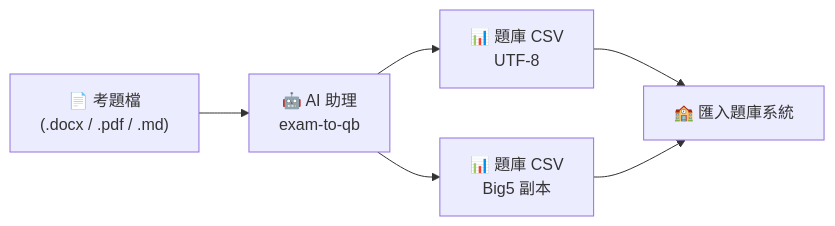
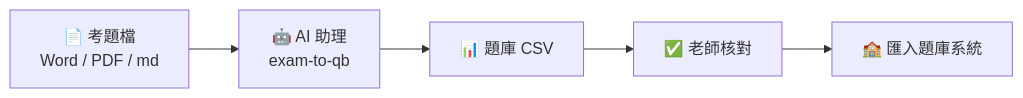
Before and after one commit to RelerChenTajen/Tools_QB: the diagram in README.md, drawn with Mermaid. The commit also changed other lines of this file, not shown here.

````diff
--- a/README.md
+++ b/README.md
@@ -15,8 +21,7 @@
 ```mermaid
 flowchart LR
-    A["📄 考題檔<br/>(.docx / .pdf / .md)"] --> B["🤖 AI 助理<br/>exam-to-qb"]
-    B --> C["📊 題庫 CSV<br/>UTF-8"]
-    B --> D["📊 題庫 CSV<br/>Big5 副本"]
-    C --> E["🏫 匯入題庫系統"]
-    D --> E
+    A["📄 考題檔<br/>Word / PDF / md"] --> B["🤖 AI 助理<br/>exam-to-qb"]
+    B --> C["📊 題庫 CSV"]
+    C --> D["✅ 老師核對"]
+    D --> E["🏫 匯入題庫系統"]
 ```
````
